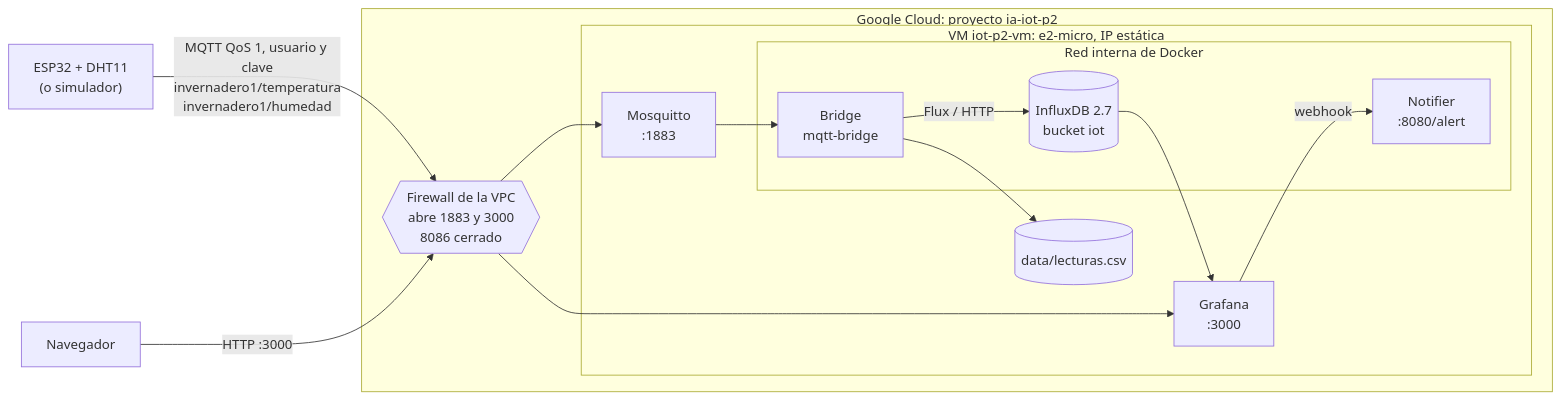
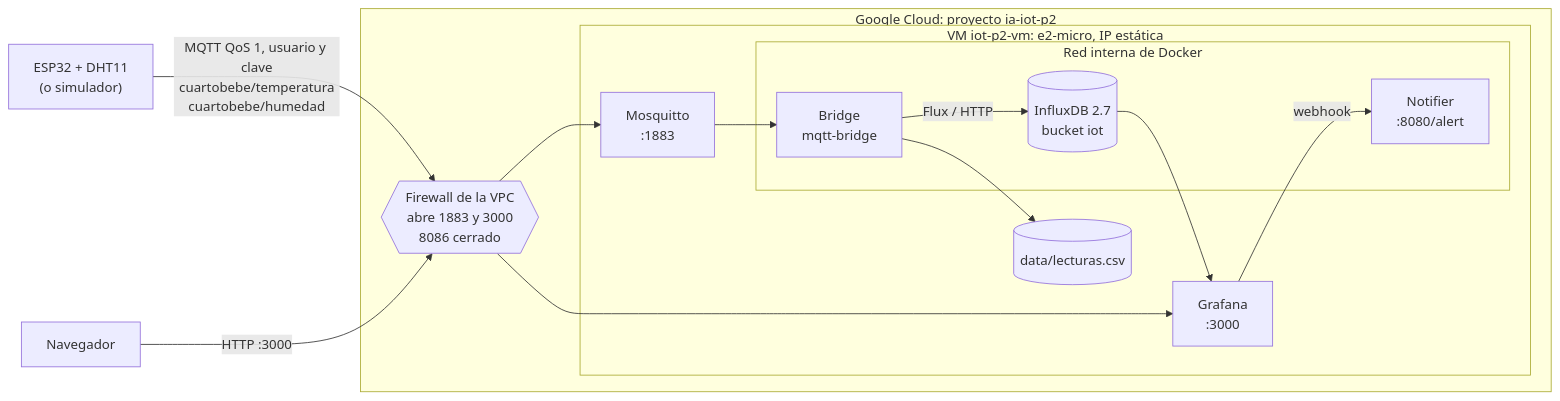
Before and after one commit to juano2024/IA_for_IoT: the diagram in ENTREGA_PRACTICA_2.md, drawn with Mermaid. The commit also changed other lines of this file and 11 other files, not shown here.

````diff
--- a/ENTREGA_PRACTICA_2.md
+++ b/ENTREGA_PRACTICA_2.md
@@ -34,25 +33,25 @@
 ```mermaid
 flowchart LR
-    ESP32["ESP32 + DHT11<br/>(o simulador)"] -->|"MQTT QoS 1, usuario y clave<br/>invernadero1/temperatura<br/>invernadero1/humedad"| FW
+    ESP32["ESP32 + DHT11<br/>(o simulador)"] -->|"MQTT QoS 1, usuario y clave<br/>cuartobebe/temperatura<br/>cuartobebe/humedad"| FW
     USER["Navegador"] -->|"HTTP :3000"| FW
     subgraph GCP["Google Cloud: proyecto ia-iot-p2"]
         FW{{"Firewall de la VPC<br/>abre 1883 y 3000<br/>8086 cerrado"}}
         subgraph VM["VM iot-p2-vm: e2-micro, IP estática"]
             MQ["Mosquitto<br/>:1883"]
             GRAF["Grafana<br/>:3000"]
             CSV[("data/lecturas.csv")]
             subgraph RED["Red interna de Docker"]
                 BR["Bridge<br/>mqtt-bridge"]
                 INF[("InfluxDB 2.7<br/>bucket iot")]
                 NOT["Notifier<br/>:8080/alert"]
             end
         end
     end
     FW --> MQ
     FW --> GRAF
     MQ --> BR
     BR -->|"Flux / HTTP"| INF
     BR --> CSV
     INF --> GRAF
     GRAF -->|"webhook"| NOT
 ```
````
